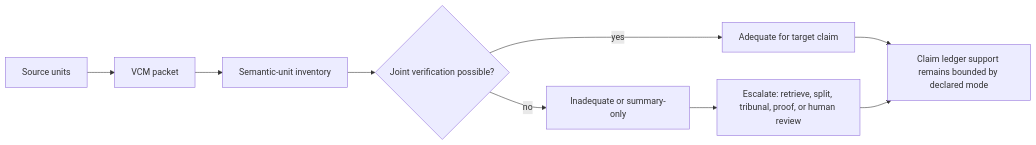
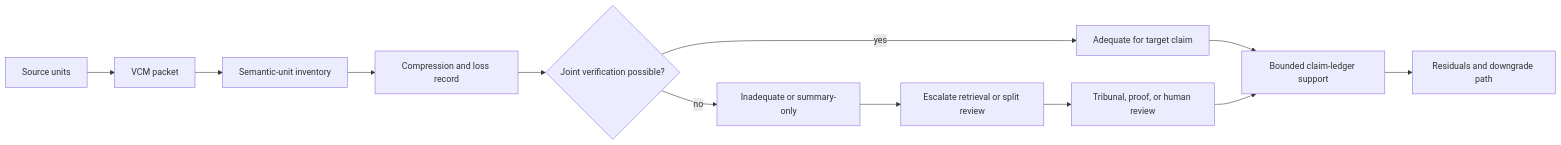
One commit to corbensorenson/asi-stack-book changed the diagram in chapters/verification-bandwidth-and-context-adequacy.qmd. Above: the diagram before and after it, drawn with Mermaid. The commit also changed 7 other files, not shown here.

Commit message:
Strengthen diagram substance validation

````diff
--- a/chapters/verification-bandwidth-and-context-adequacy.qmd
+++ b/chapters/verification-bandwidth-and-context-adequacy.qmd
@@ -96,11 +96,14 @@
 ```{mermaid}
 flowchart LR
   A["Source units"] --> B["VCM packet"]
   B --> C["Semantic-unit inventory"]
-  C --> D{"Joint verification possible?"}
-  D -- "yes" --> E["Adequate for target claim"]
-  D -- "no" --> F["Inadequate or summary-only"]
-  F --> G["Escalate: retrieve, split, tribunal, proof, or human review"]
-  E --> H["Claim ledger support remains bounded by declared mode"]
-  G --> H
+  C --> D["Compression and loss record"]
+  D --> E{"Joint verification possible?"}
+  E -- "yes" --> F["Adequate for target claim"]
+  E -- "no" --> G["Inadequate or summary-only"]
+  G --> H["Escalate retrieval or split review"]
+  H --> I["Tribunal, proof, or human review"]
+  F --> J["Bounded claim-ledger support"]
+  I --> J
+  J --> K["Residuals and downgrade path"]
 ```
````
